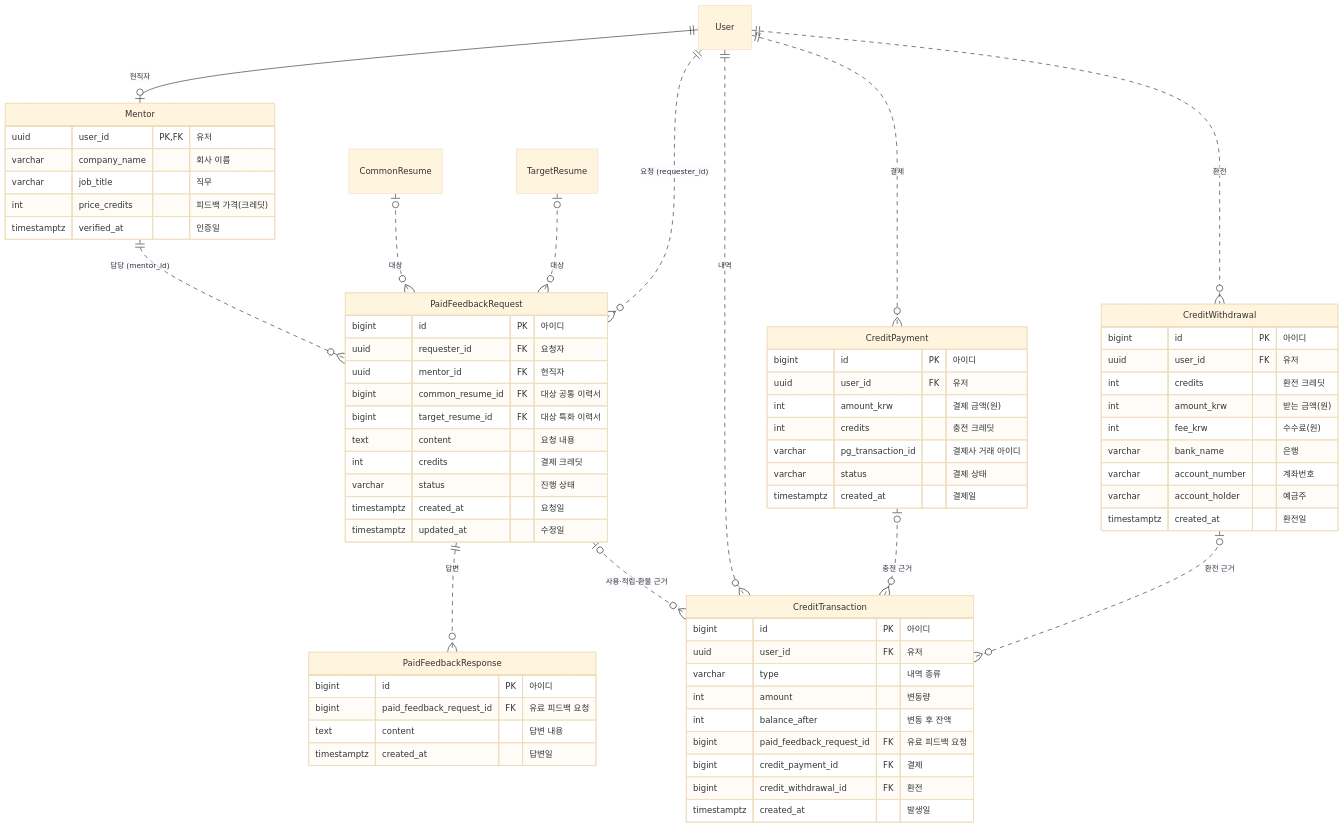
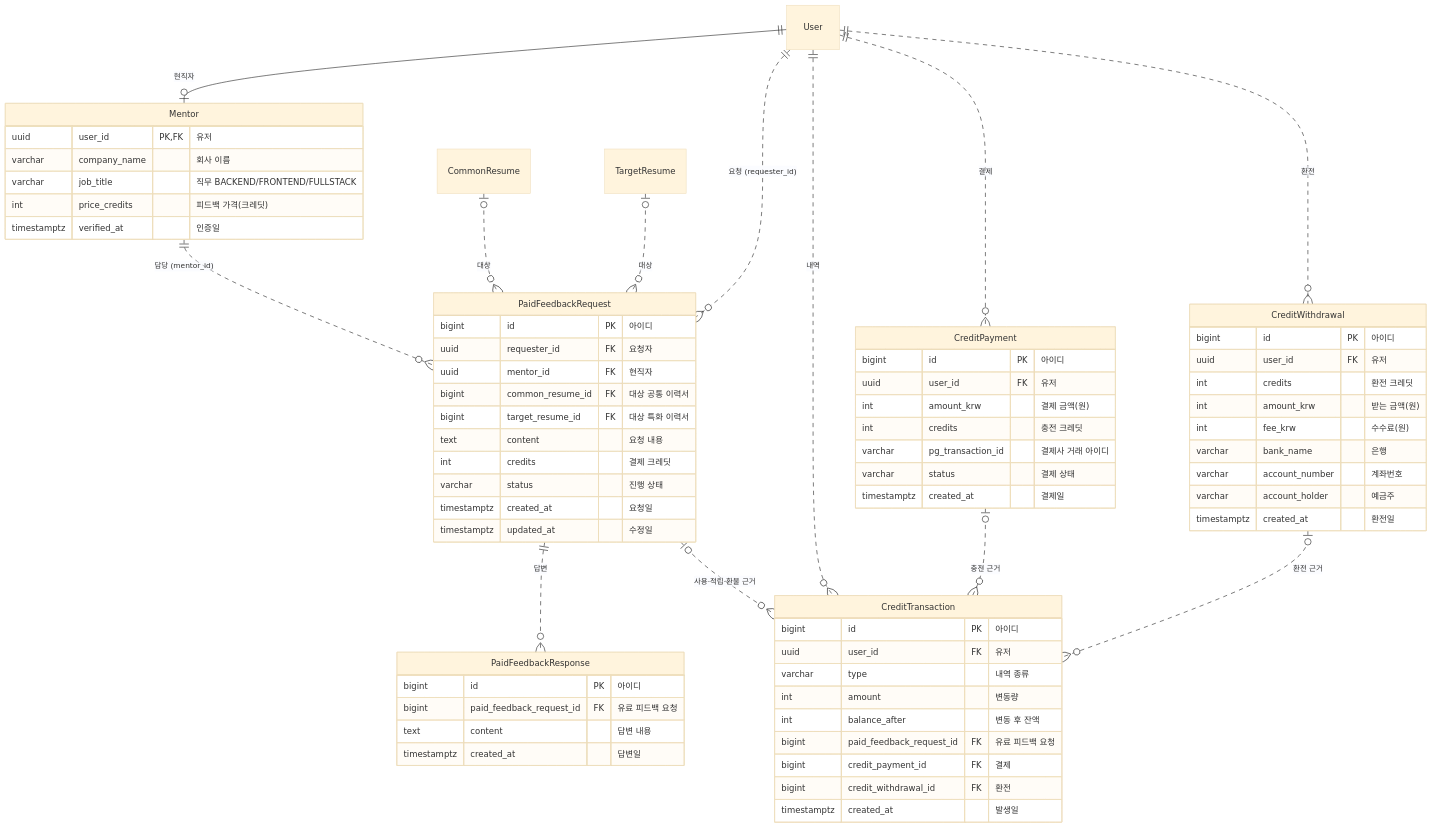
One commit to likelion-backendschool-9th/Resuit_Prj changed the sixth of 8 diagrams in docs/database-design.md. Above: the diagram before and after it, drawn with Mermaid (base theme). The commit also changed other lines of this file and 13 other files, not shown here.

````diff
--- a/docs/database-design.md
+++ b/docs/database-design.md
@@ -411,72 +411,72 @@
 ```mermaid
 erDiagram
     User ||--o| Mentor : "현직자"
     Mentor ||..o{ PaidFeedbackRequest : "담당 (mentor_id)"
     User ||..o{ PaidFeedbackRequest : "요청 (requester_id)"
     CommonResume |o..o{ PaidFeedbackRequest : "대상"
     TargetResume |o..o{ PaidFeedbackRequest : "대상"
     PaidFeedbackRequest ||..o{ PaidFeedbackResponse : "답변"
     User ||..o{ CreditTransaction : "내역"
     PaidFeedbackRequest |o..o{ CreditTransaction : "사용·적립·환불 근거"
     CreditPayment |o..o{ CreditTransaction : "충전 근거"
     User ||..o{ CreditPayment : "결제"
     CreditWithdrawal |o..o{ CreditTransaction : "환전 근거"
     User ||..o{ CreditWithdrawal : "환전"
 
     Mentor {
       uuid user_id PK, FK "유저"
       varchar company_name "회사 이름"
-      varchar job_title "직무"
+      varchar job_title "직무 BACKEND/FRONTEND/FULLSTACK"
       int price_credits "피드백 가격(크레딧)"
       timestamptz verified_at "인증일"
     }
     PaidFeedbackRequest {
       bigint id PK "아이디"
       uuid requester_id FK "요청자"
       uuid mentor_id FK "현직자"
       bigint common_resume_id FK "대상 공통 이력서"
       bigint target_resume_id FK "대상 특화 이력서"
       text content "요청 내용"
       int credits "결제 크레딧"
       varchar status "진행 상태"
       timestamptz created_at "요청일"
       timestamptz updated_at "수정일"
     }
     PaidFeedbackResponse {
       bigint id PK "아이디"
       bigint paid_feedback_request_id FK "유료 피드백 요청"
       text content "답변 내용"
       timestamptz created_at "답변일"
     }
     CreditTransaction {
       bigint id PK "아이디"
       uuid user_id FK "유저"
       varchar type "내역 종류"
       int amount "변동량"
       int balance_after "변동 후 잔액"
       bigint paid_feedback_request_id FK "유료 피드백 요청"
       bigint credit_payment_id FK "결제"
       bigint credit_withdrawal_id FK "환전"
       timestamptz created_at "발생일"
     }
     CreditPayment {
       bigint id PK "아이디"
       uuid user_id FK "유저"
       int amount_krw "결제 금액(원)"
       int credits "충전 크레딧"
       varchar pg_transaction_id "결제사 거래 아이디"
       varchar status "결제 상태"
       timestamptz created_at "결제일"
     }
     CreditWithdrawal {
       bigint id PK "아이디"
       uuid user_id FK "유저"
       int credits "환전 크레딧"
       int amount_krw "받는 금액(원)"
       int fee_krw "수수료(원)"
       varchar bank_name "은행"
       varchar account_number "계좌번호"
       varchar account_holder "예금주"
       timestamptz created_at "환전일"
     }
 ```
````
